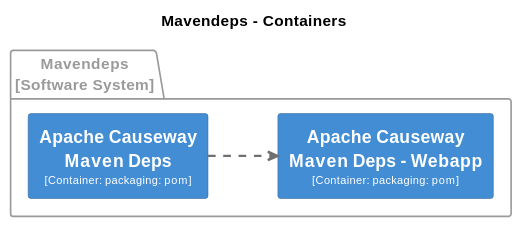
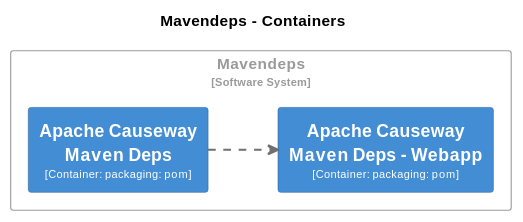
Before and after one commit to apache/causeway: the second of 31 diagrams in core/adoc/modules/_overview/pages/about.adoc, drawn with PlantUML. The commit also changed other lines of this file and 4 other files, not shown here.

```diff
--- a/core/adoc/modules/_overview/pages/about.adoc
+++ b/core/adoc/modules/_overview/pages/about.adoc
@@ -60,40 +60,40 @@
 [plantuml,Mavendeps,svg]
 ----
 @startuml
 set separator none
 title Mavendeps - Containers
 
 left to right direction
 
 skinparam {
   shadowing false
   arrowFontSize 10
   defaultTextAlignment center
   wrapWidth 200
   maxMessageSize 100
 }
 
 hide stereotype
 
 skinparam rectangle<<Mavendeps.ApacheCausewayMavenDeps>> {
   BackgroundColor #438dd5
   FontColor #fffffe
   BorderColor #2e6295
 }
 skinparam rectangle<<Mavendeps.ApacheCausewayMavenDepsWebapp>> {
   BackgroundColor #438dd5
   FontColor #fffffe
   BorderColor #2e6295
 }
 
-package "Mavendeps\n[Software System]" <<Mavendeps>> {
-  skinparam PackageBorderColor<<Mavendeps>> #9a9a9a
-  skinparam PackageFontColor<<Mavendeps>> #9a9a9a
+rectangle "Mavendeps\n<size:10>[Software System]</size>" <<Mavendeps>> {
+  skinparam RectangleBorderColor<<Mavendeps>> #9a9a9a
+  skinparam RectangleFontColor<<Mavendeps>> #9a9a9a
 
   rectangle "==Apache Causeway Maven Deps\n<size:10>[Container: packaging: pom]</size>" <<Mavendeps.ApacheCausewayMavenDeps>> as Mavendeps.ApacheCausewayMavenDeps
   rectangle "==Apache Causeway Maven Deps - Webapp\n<size:10>[Container: packaging: pom]</size>" <<Mavendeps.ApacheCausewayMavenDepsWebapp>> as Mavendeps.ApacheCausewayMavenDepsWebapp
 }
 
 Mavendeps.ApacheCausewayMavenDeps .[#707070,thickness=2].> Mavendeps.ApacheCausewayMavenDepsWebapp : "<color:#707070>"
 @enduml
 ----
```
